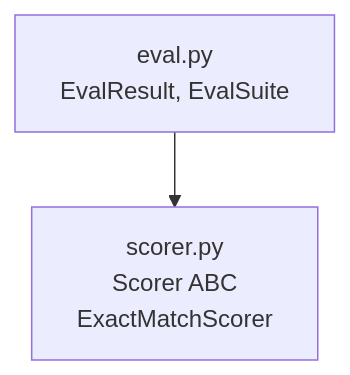
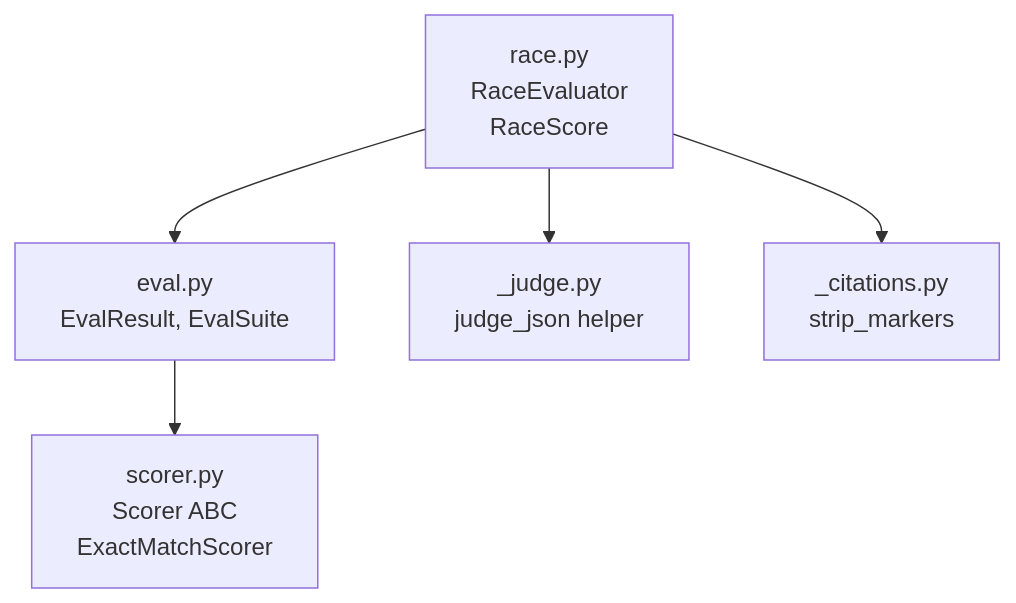
The first of 3 diagrams in docs/maintainer/packages/bench.md (Cognitivemesh/pyarnes), drawn with Mermaid before and after one commit. The commit also changed other lines of this file and 16 other files, not shown here.

````diff
--- a/docs/maintainer/packages/bench.md
+++ b/docs/maintainer/packages/bench.md
@@ -14,7 +14,13 @@
 ```mermaid
 graph TB
     Eval[eval.py<br/>EvalResult, EvalSuite]
     Scorer[scorer.py<br/>Scorer ABC<br/>ExactMatchScorer]
+    Race[race.py<br/>RaceEvaluator<br/>RaceScore]
+    Judge[_judge.py<br/>judge_json helper]
+    Cits[_citations.py<br/>strip_markers]
 
     Eval --> Scorer
+    Race --> Judge
+    Race --> Cits
+    Race --> Eval
 ```
````
